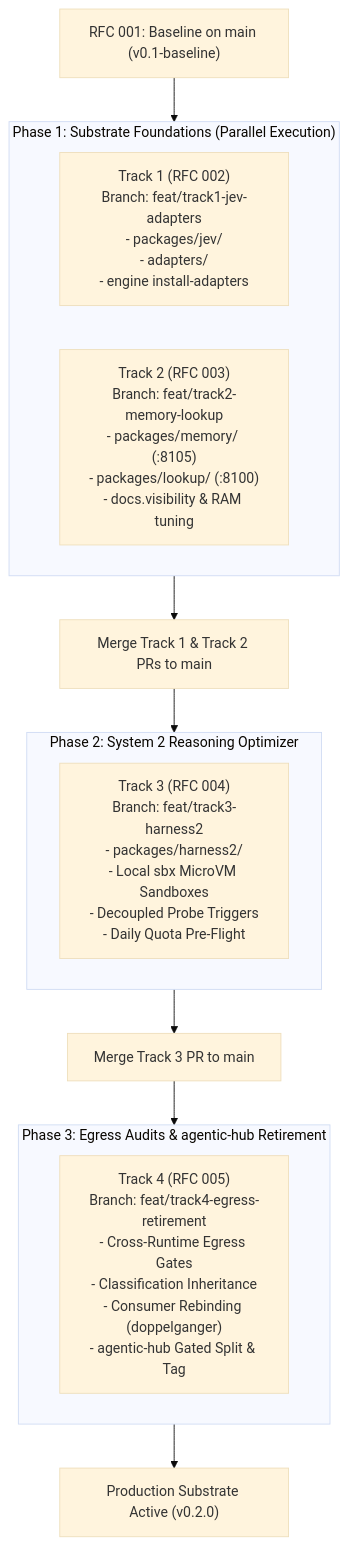
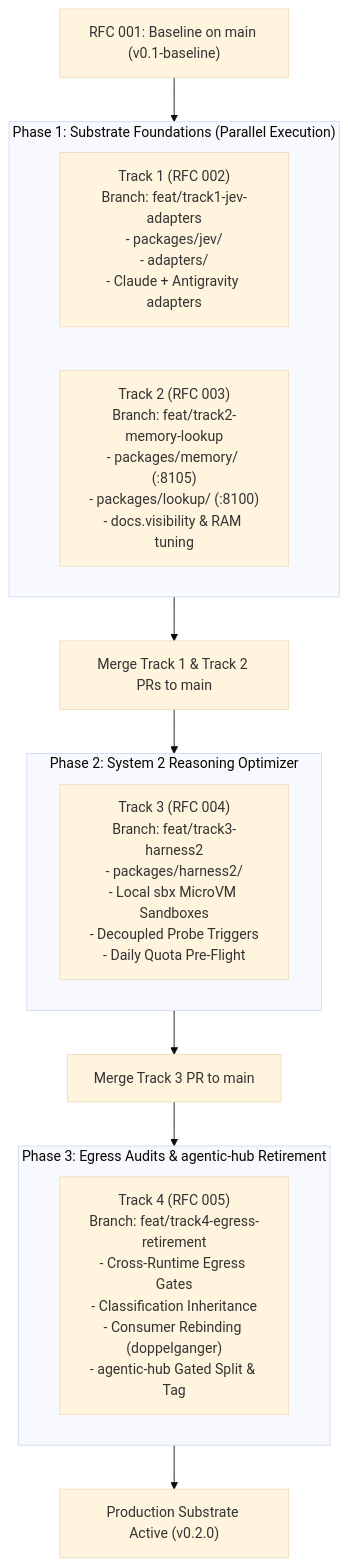
One commit to rockad/cognitive-engine changed the diagram in docs/plans/2026-10-26-multi-track-implementation-plan.md. Above: the diagram before and after it, drawn with Mermaid (base theme). The commit also changed other lines of this file and 66 other files, not shown here.

First line of the commit message:
[merge 1/10 · S14] feat(track1): TypeSafe Jev Coprocessor & Multi-Harness Adapters [RFC 002] (#3)

````diff
--- a/docs/plans/2026-10-26-multi-track-implementation-plan.md
+++ b/docs/plans/2026-10-26-multi-track-implementation-plan.md
@@ -45,26 +45,26 @@
 ```mermaid
 flowchart TD
     MainBase["RFC 001: Baseline on main (v0.1-baseline)"] --> Phase1
 
     subgraph Phase1 ["Phase 1: Substrate Foundations (Parallel Execution)"]
         direction LR
-        Track1["Track 1 (RFC 002)<br/>Branch: feat/track1-jev-adapters<br/>- packages/jev/<br/>- adapters/<br/>- engine install-adapters"]
+        Track1["Track 1 (RFC 002)<br/>Branch: feat/track1-jev-adapters<br/>- packages/jev/<br/>- adapters/<br/>- Claude + Antigravity adapters"]
         Track2["Track 2 (RFC 003)<br/>Branch: feat/track2-memory-lookup<br/>- packages/memory/ (:8105)<br/>- packages/lookup/ (:8100)<br/>- docs.visibility & RAM tuning"]
     end
 
     Phase1 --> Merge1["Merge Track 1 & Track 2 PRs to main"]
     Merge1 --> Phase2
 
     subgraph Phase2 ["Phase 2: System 2 Reasoning Optimizer"]
         Track3["Track 3 (RFC 004)<br/>Branch: feat/track3-harness2<br/>- packages/harness2/<br/>- Local sbx MicroVM Sandboxes<br/>- Decoupled Probe Triggers<br/>- Daily Quota Pre-Flight"]
     end
 
     Phase2 --> Merge2["Merge Track 3 PR to main"]
     Merge2 --> Phase3
 
     subgraph Phase3 ["Phase 3: Egress Audits & agentic-hub Retirement"]
         Track4["Track 4 (RFC 005)<br/>Branch: feat/track4-egress-retirement<br/>- Cross-Runtime Egress Gates<br/>- Classification Inheritance<br/>- Consumer Rebinding (doppelganger)<br/>- agentic-hub Gated Split & Tag"]
     end
 
     Phase3 --> FinalProd["Production Substrate Active (v0.2.0)"]
 ```
````
